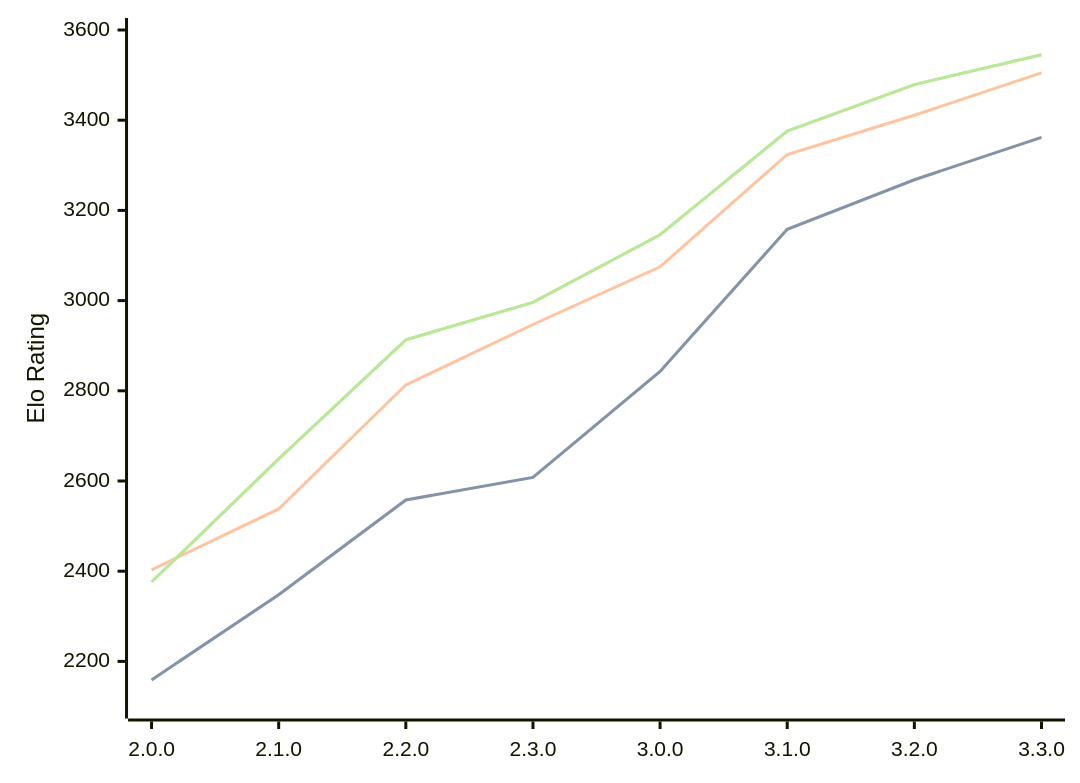
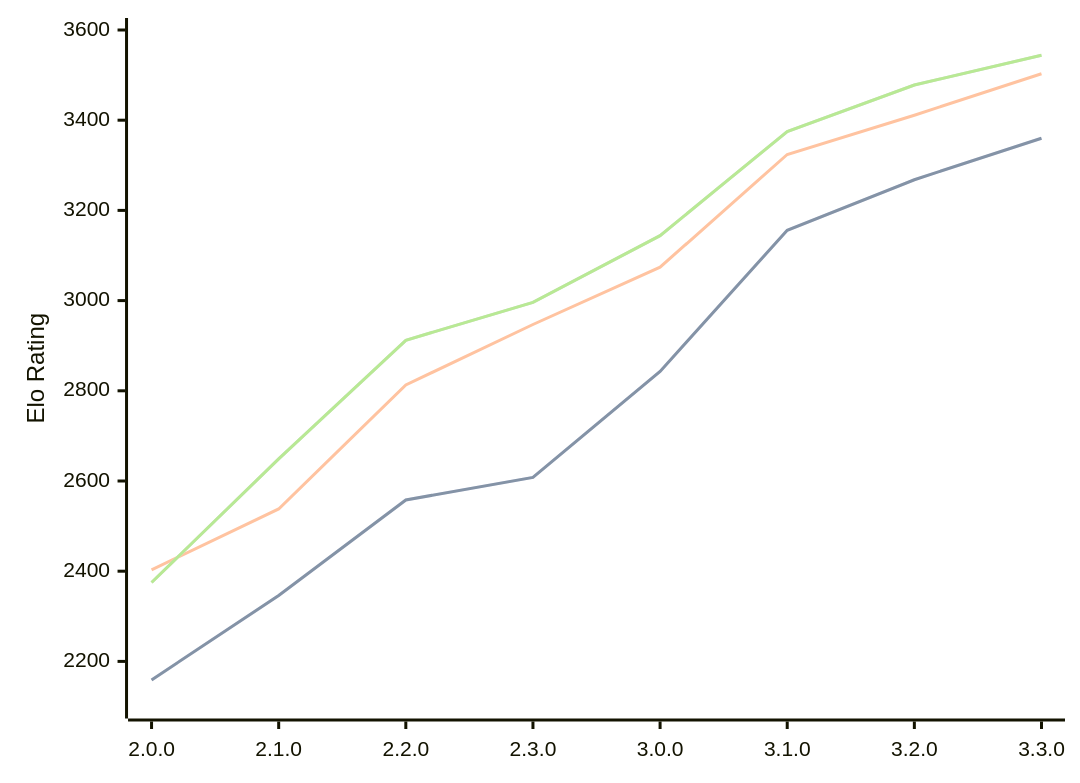
One commit to computer-chess-index/cci changed the diagram in engines/Raphael.md. Above: the diagram before and after it, drawn with Mermaid. The commit also changed other lines of this file, not shown here.

Commit message:
Update CCI Ratings (ELO VLTC) - 2026-04-20

````diff
--- a/engines/Raphael.md
+++ b/engines/Raphael.md
@@ -50,11 +50,11 @@
 ```mermaid
 %%{init: {"theme":"base","themeVariables":{"seriesColors:['#a3a3a3','#222221','#faa371']}}}%%
 xychart-beta
   x-axis ["2.0.0", "2.1.0", "2.2.0", "2.3.0", "3.0.0", "3.1.0", "3.2.0", "3.3.0"]
   y-axis "Elo Rating" 2100 --> 3600
-  line "STC (8.0+0.08s)" [2159, 2348, 2558, 2608, 2843, 3158, 3268, 3362]
-  line "STC (8.0+0.08s)" [2159, 2348, 2558, 2608, 2843, 3158, 3268, 3362]
-  line "LTC (60.0+0.60s)" [2403, 2538, 2813, 2947, 3075, 3324, 3411, 3505]
-  line "VLTC (2m24s+1.12s)" [2376, 2649, 2913, 2996, 3146, 3376, 3479, 3545]
-  line "VLTC (2m24s+1.12s)" [2376, 2649, 2913, 2996, 3146, 3376, 3479, 3545]
+  line "STC (8.0+0.08s)" [2159, 2346, 2558, 2608, 2843, 3156, 3268, 3360]
+  line "STC (8.0+0.08s)" [2159, 2346, 2558, 2608, 2843, 3156, 3268, 3360]
+  line "LTC (60.0+0.60s)" [2403, 2538, 2813, 2947, 3074, 3324, 3411, 3503]
+  line "VLTC (2m24s+1.12s)" [2375, 2649, 2912, 2996, 3144, 3375, 3478, 3544]
+  line "VLTC (2m24s+1.12s)" [2375, 2649, 2912, 2996, 3144, 3375, 3478, 3544]
 ```
````
